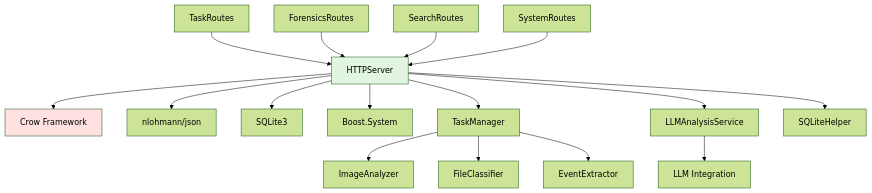
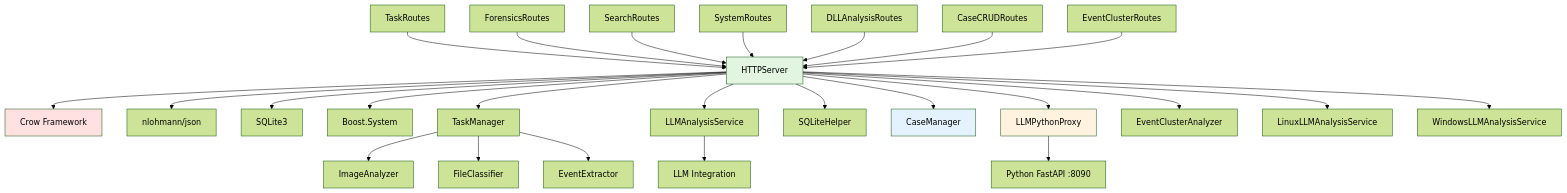
The second of 4 diagrams in docs/modules/cpp/network/HTTPServer.md (ymj68520/TraceLens), drawn with Mermaid (forest theme) before and after one commit. The commit also changed other lines of this file and 38 other files, not shown here.

````diff
--- a/docs/modules/cpp/network/HTTPServer.md
+++ b/docs/modules/cpp/network/HTTPServer.md
@@ -242,25 +245,36 @@
 ```mermaid
 graph TD
     A[HTTPServer] --> B[Crow Framework]
     A --> C[nlohmann/json]
     A --> D[SQLite3]
     A --> E[Boost.System]
 
     A --> F[TaskManager]
     A --> G[LLMAnalysisService]
     A --> H[SQLiteHelper]
+    A --> CM[CaseManager]
+    A --> LP[LLMPythonProxy]
+    A --> EC[EventClusterAnalyzer]
+    A --> LS[LinuxLLMAnalysisService]
+    A --> WS[WindowsLLMAnalysisService]
 
     F --> I[ImageAnalyzer]
     F --> J[FileClassifier]
     F --> K[EventExtractor]
 
     G --> L[LLM Integration]
+    LP --> PY[Python FastAPI :8090]
 
     M[TaskRoutes] --> A
     N[ForensicsRoutes] --> A
     O[SearchRoutes] --> A
     P[SystemRoutes] --> A
+    Q[DLLAnalysisRoutes] --> A
+    R[CaseCRUDRoutes] --> A
+    S[EventClusterRoutes] --> A
 
     style A fill:#e1f5e1
     style B fill:#ffe1e1
+    style CM fill:#e3f2fd
+    style LP fill:#fff3e0
 ```
````
